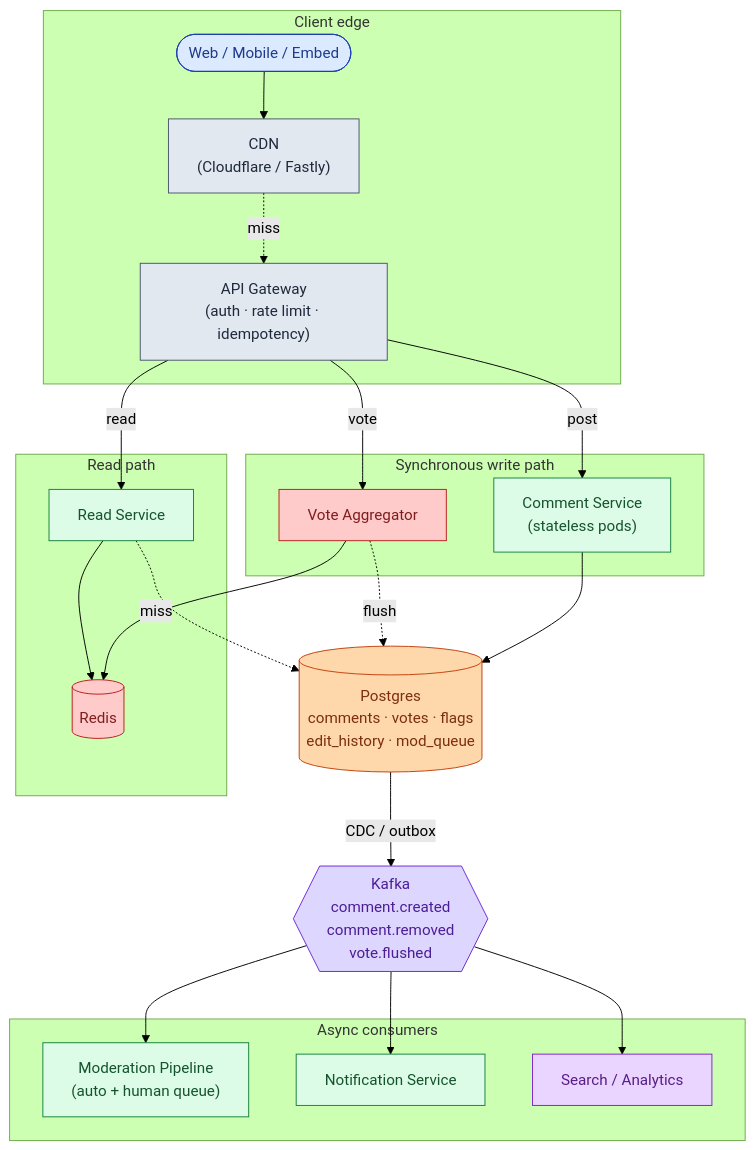
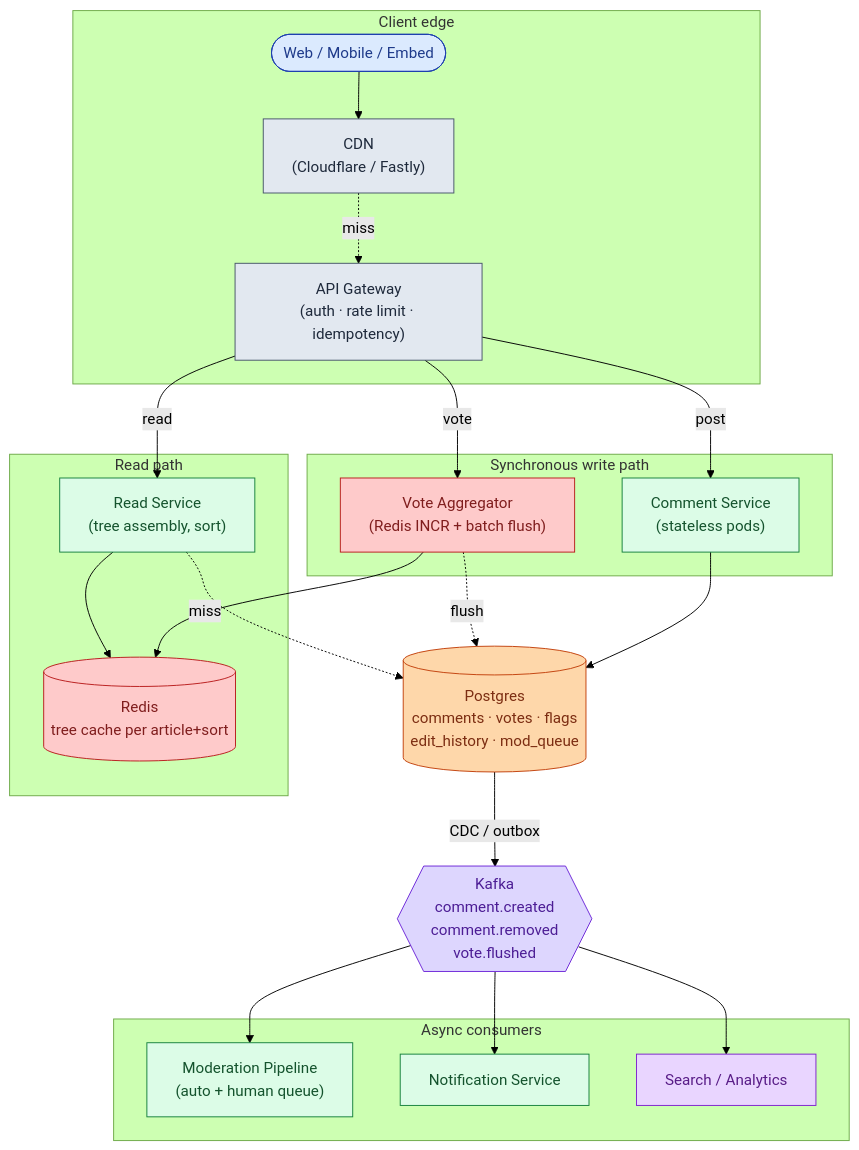
The third of 5 diagrams in problems/015-comment-system/solution.md (shiningflash/system-design), drawn with Mermaid (forest theme) before and after one commit. The commit also changed other lines of this file and 37 other files, not shown here.

````diff
--- a/problems/015-comment-system/solution.md
+++ b/problems/015-comment-system/solution.md
@@ -331,51 +321,51 @@
 ```mermaid
 flowchart TB
     subgraph Edge["Client edge"]
         C([Web / Mobile / Embed]):::user
         CDN["CDN<br/>(Cloudflare / Fastly)"]:::edge
         GW["API Gateway<br/>(auth · rate limit · idempotency)"]:::edge
     end
 
     subgraph WritePath["Synchronous write path"]
         CS["Comment Service<br/>(stateless pods)"]:::app
-        VA["Vote Aggregator"]:::cache
+        VA["Vote Aggregator<br/>(Redis INCR + batch flush)"]:::cache
     end
 
     DB[("Postgres<br/>comments · votes · flags<br/>edit_history · mod_queue")]:::db
 
     subgraph ReadPath["Read path"]
-        RS["Read Service"]:::app
-        Cache[("Redis")]:::cache
+        RS["Read Service<br/>(tree assembly, sort)"]:::app
+        Cache[("Redis<br/>tree cache per article+sort")]:::cache
     end
 
     K{{"Kafka<br/>comment.created<br/>comment.removed<br/>vote.flushed"}}:::queue
 
     subgraph Consumers["Async consumers"]
         MOD["Moderation Pipeline<br/>(auto + human queue)"]:::app
         N["Notification Service"]:::app
         SEARCH["Search / Analytics"]:::ext
     end
 
     C --> CDN
     CDN -.miss.-> GW
     GW -->|post| CS
     GW -->|vote| VA
     GW -->|read| RS
     CS --> DB
     VA --> Cache
     VA -.flush.-> DB
     RS --> Cache
     RS -.miss.-> DB
     DB -->|CDC / outbox| K
     K --> MOD
     K --> N
     K --> SEARCH
 
     classDef user fill:#dbeafe,stroke:#1e40af,color:#1e3a8a
     classDef edge fill:#e2e8f0,stroke:#475569,color:#1e293b
     classDef app fill:#dcfce7,stroke:#15803d,color:#14532d
     classDef db fill:#fed7aa,stroke:#c2410c,color:#7c2d12
     classDef cache fill:#fecaca,stroke:#b91c1c,color:#7f1d1d
     classDef queue fill:#ddd6fe,stroke:#6d28d9,color:#4c1d95
     classDef ext fill:#e9d5ff,stroke:#7e22ce,color:#581c87
 ```
````
